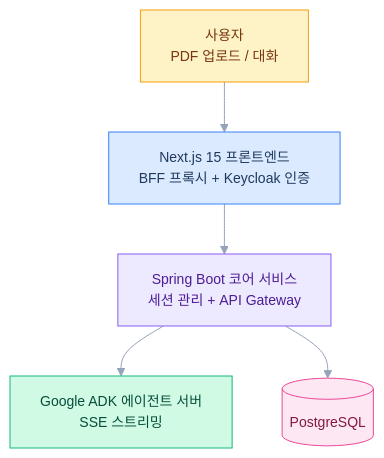
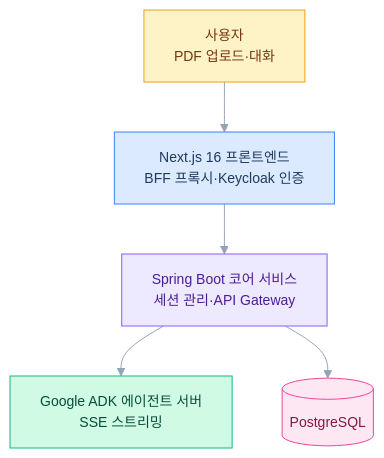
Before and after one commit to samhyun/samhyun.github.io: the first of 2 diagrams in src/content/projects/personal-resume-automation.md, drawn with Mermaid. The commit also changed other lines of this file and 20 other files, not shown here.

````diff
--- a/src/content/projects/personal-resume-automation.md
+++ b/src/content/projects/personal-resume-automation.md
@@ -28,23 +28,23 @@
 ```mermaid
 ---
 config:
   theme: base
   themeVariables:
     primaryColor: "#e0f2fe"
     primaryTextColor: "#0c4a6e"
     primaryBorderColor: "#38bdf8"
     lineColor: "#94a3b8"
     fontSize: "14px"
 ---
 flowchart TD
-    A["사용자\nPDF 업로드 / 대화"] --> B["Next.js 15 프론트엔드\nBFF 프록시 + Keycloak 인증"]
-    B --> C["Spring Boot 코어 서비스\n세션 관리 + API Gateway"]
+    A["사용자\nPDF 업로드·대화"] --> B["Next.js 16 프론트엔드\nBFF 프록시·Keycloak 인증"]
+    B --> C["Spring Boot 코어 서비스\n세션 관리·API Gateway"]
     C --> D["Google ADK 에이전트 서버\nSSE 스트리밍"]
     C --> E[(PostgreSQL)]
 
     style A fill:#fef3c7,stroke:#f59e0b,color:#78350f
     style B fill:#dbeafe,stroke:#3b82f6,color:#1e3a5f
     style C fill:#ede9fe,stroke:#8b5cf6,color:#4c1d95
     style D fill:#d1fae5,stroke:#10b981,color:#064e3b
     style E fill:#fce7f3,stroke:#ec4899,color:#831843
 ```
````
